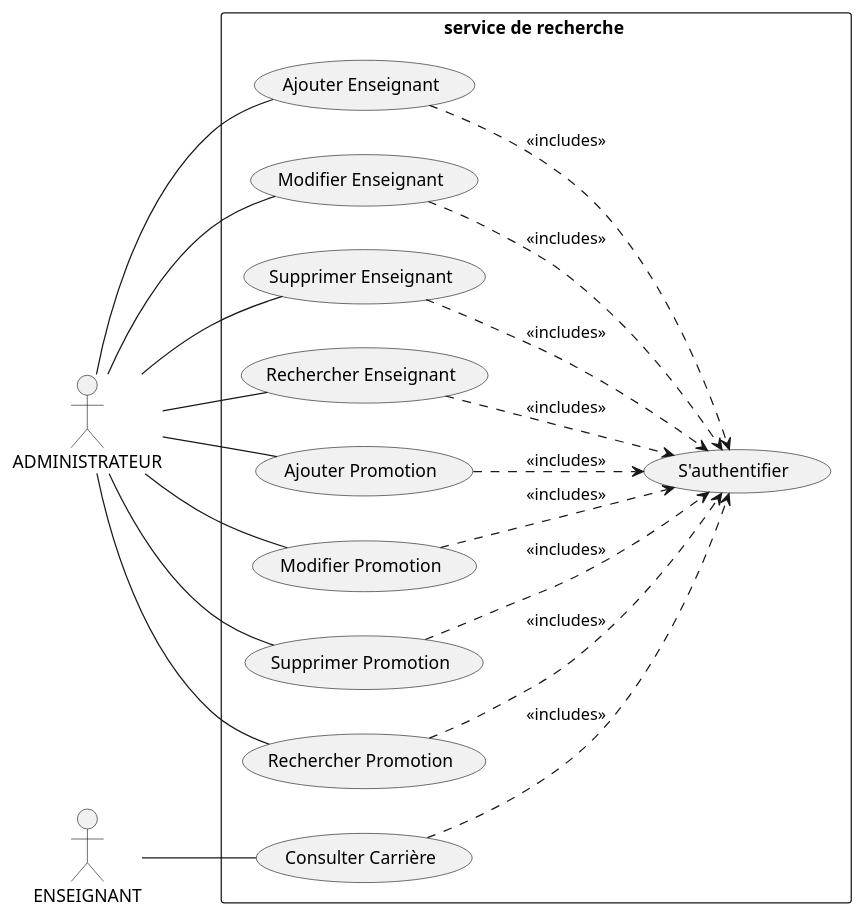
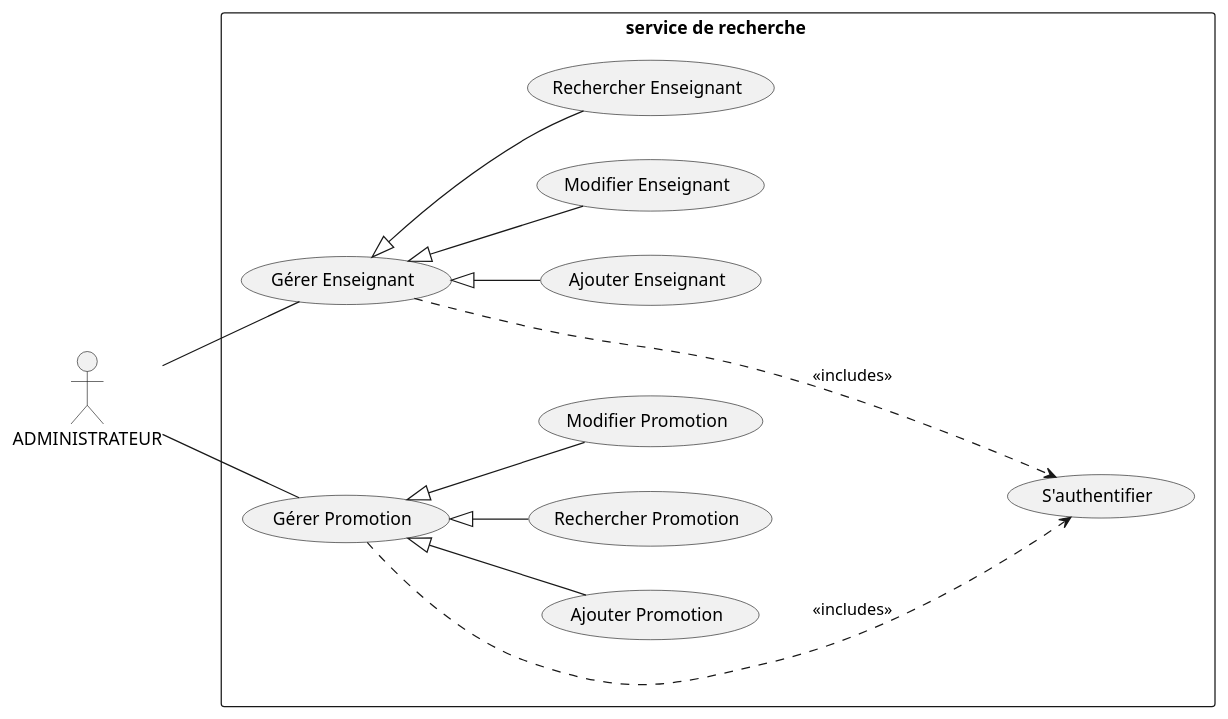
The diagram in App2/UseCase.wsd (Napi55/PlantUml), drawn with PlantUML before and after one commit. The commit also changed 1 other file, not shown here.

```diff
--- a/App2/UseCase.wsd
+++ b/App2/UseCase.wsd
@@ -1,42 +1,45 @@
 @startuml gg
 left to right direction
 skinparam packageStyle rectangle
 actor ADMINISTRATEUR as Admin
-actor ENSEIGNANT as Enseignant
+
 
 rectangle "service de recherche "  {
     (S'authentifier) as uc0
+    
      (Ajouter Enseignant)  as uc1  
      (Modifier Enseignant) as uc2
-     (Supprimer Enseignant) as uc3
      (Rechercher Enseignant) as uc4
      (Ajouter Promotion) as uc5
-     (Modifier Promotion) as uc6
-     (Supprimer Promotion)as uc7
-     (Rechercher Promotion)as uc8 
-     (Consulter Carrière) as uc9
+     (Gérer Enseignant) as uc6
+      (Gérer Promotion) as uc7
+     
+     (Rechercher Promotion)as uc8
+     (Modifier Promotion)as uc9 
+     
    
     
 }
 ' INCLUDE
-uc1 ..> uc0 : <<includes>>
-uc2 ..> uc0 : <<includes>>
-uc3 ..> uc0 : <<includes>>
-uc4 ..> uc0 : <<includes>>
-uc5 ..> uc0 : <<includes>>
-uc6 ..> uc0 : <<includes>>
-uc7 ..> uc0 : <<includes>>
-uc8 ..> uc0 : <<includes>>
-uc9 ..> uc0 : <<includes>>
+uc6 ....> uc0  : <<includes>>
+uc7 ....> uc0 : <<includes>>
+
+' Extends
+uc6  <|-- uc1 
+uc6  <|-- uc2 
+uc6  <|-- uc4 
+uc7  <|-- uc5 
+uc7  <|-- uc8 
+uc7  <|-- uc9 
+
+
 
 ' ASSOCIATIONS
-Admin --  uc1  
-Admin --  uc2
-Admin --  uc3
-Admin --  uc4
-Admin -- uc5
-Admin --  uc6
-Admin --  uc7
-Admin --  uc8 
-Enseignant --  uc9
+
+
+Admin -- uc6
+Admin -- uc7
+
+
+
 @enduml
```
